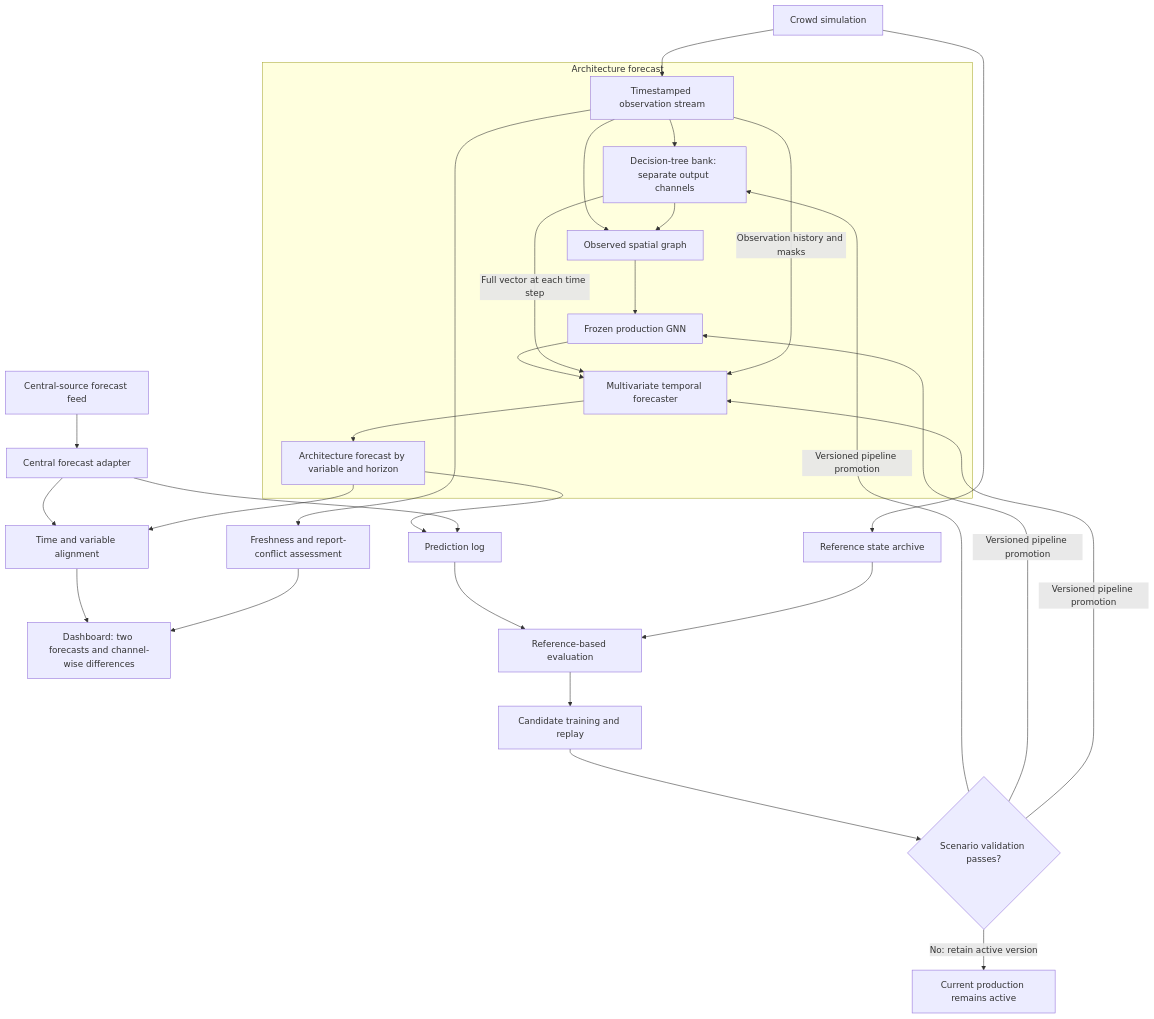
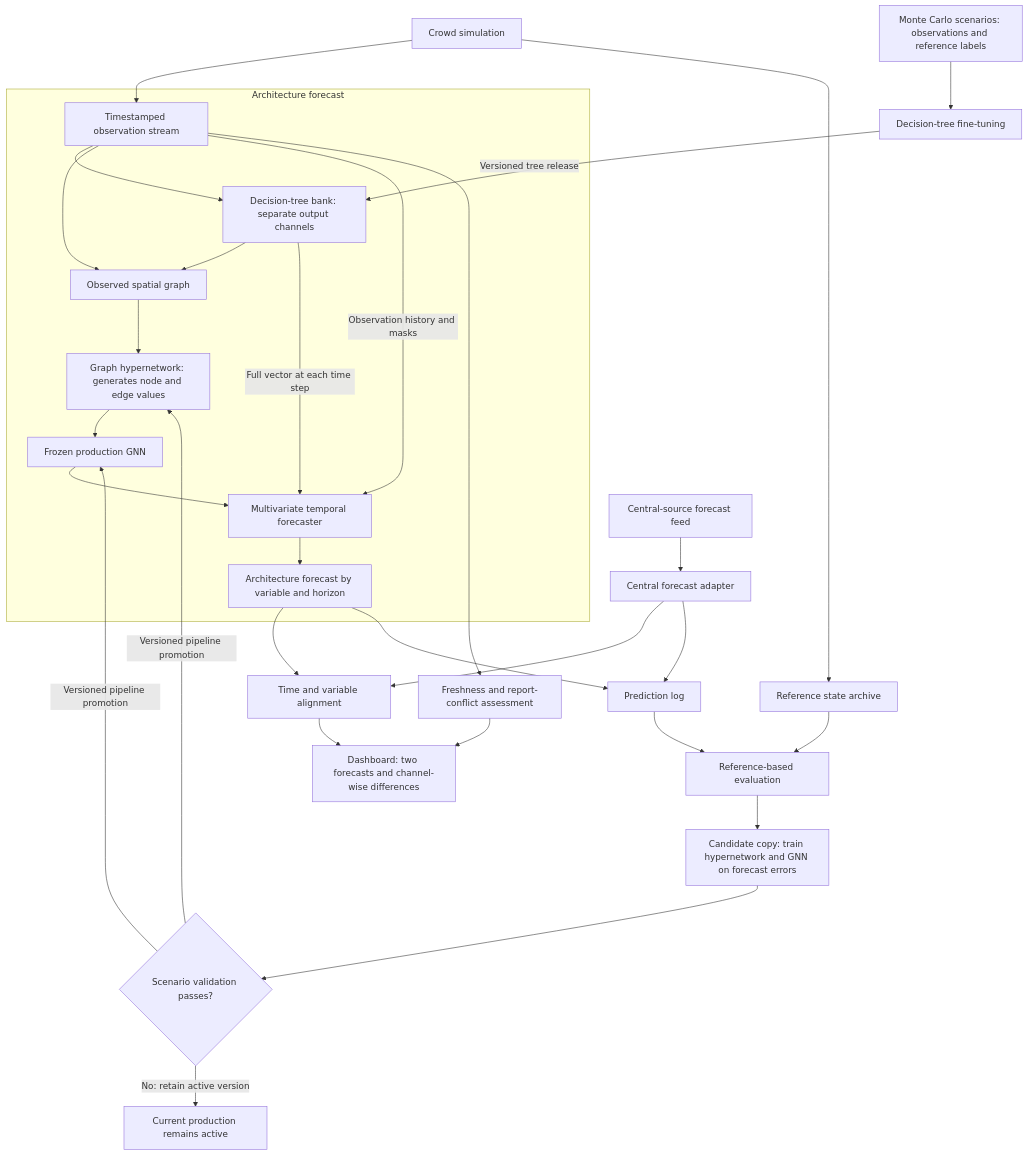
Before and after one commit to sairishigangarapu/Event_Horizon: the first of 3 diagrams in docs/ARCHITECTURE.md, drawn with Mermaid. The commit also changed other lines of this file and 16 other files, not shown here.

First line of the commit message:
feat: add graph hypernetwork generating GNN node/edge values; document update paths

````diff
--- a/docs/ARCHITECTURE.md
+++ b/docs/ARCHITECTURE.md
@@ -49,34 +49,37 @@
 ```mermaid
 flowchart TD
     SIM["Crowd simulation"] --> OBS["Timestamped observation stream"]
     SIM --> TRUTH["Reference state archive"]
     EXT["Central-source forecast feed"] --> ADAPTER["Central forecast adapter"]
 
     subgraph PATH[Architecture forecast]
         OBS --> DT["Decision-tree bank: separate output channels"]
         OBS --> GRAPH["Observed spatial graph"]
         DT --> GRAPH
-        GRAPH --> GNN["Frozen production GNN"]
+        GRAPH --> HYPER["Graph hypernetwork: generates node and edge values"]
+        HYPER --> GNN["Frozen production GNN"]
         GNN --> TS["Multivariate temporal forecaster"]
         DT -->|"Full vector at each time step"| TS
         OBS -->|"Observation history and masks"| TS
         TS --> OWN["Architecture forecast by variable and horizon"]
     end
 
     ADAPTER --> COMPARE["Time and variable alignment"]
     OWN --> COMPARE
     OBS --> EVIDENCE["Freshness and report-conflict assessment"]
     COMPARE --> UI["Dashboard: two forecasts and channel-wise differences"]
     EVIDENCE --> UI
 
     OWN --> LOG["Prediction log"]
     ADAPTER --> LOG
     LOG --> EVAL["Reference-based evaluation"]
     TRUTH --> EVAL
-    EVAL --> TRAIN["Candidate training and replay"]
+    EVAL --> TRAIN["Candidate copy: train hypernetwork and GNN on forecast errors"]
     TRAIN --> GATE{"Scenario validation passes?"}
-    GATE -->|"Versioned pipeline promotion"| DT
+    MCRUN["Monte Carlo scenarios: observations and reference labels"] --> TREEFT["Decision-tree fine-tuning"]
+    TREEFT -->|"Versioned tree release"| DT
+    GATE -->|"Versioned pipeline promotion"| HYPER
     GATE -->|"Versioned pipeline promotion"| GNN
-    GATE -->|"Versioned pipeline promotion"| TS
+    %% The temporal forecaster is not updated by this feedback loop
     GATE -->|"No: retain active version"| KEEP["Current production remains active"]
 ```
````
